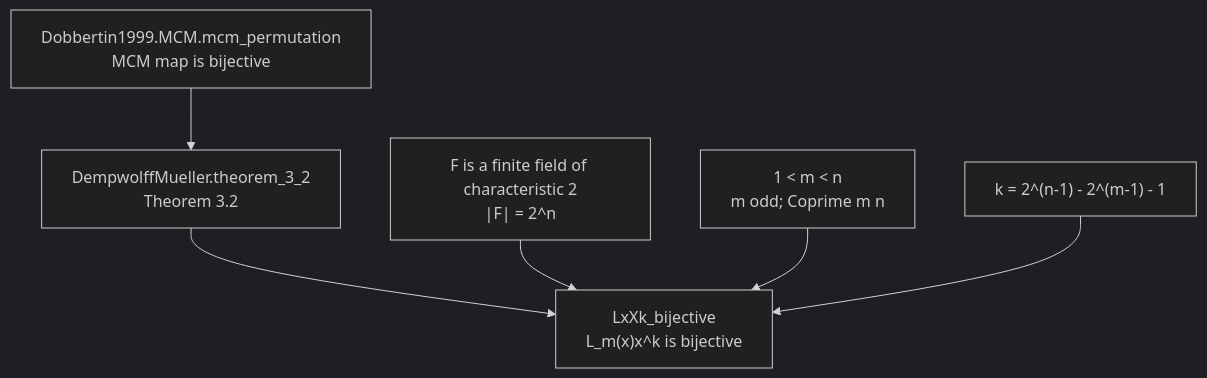
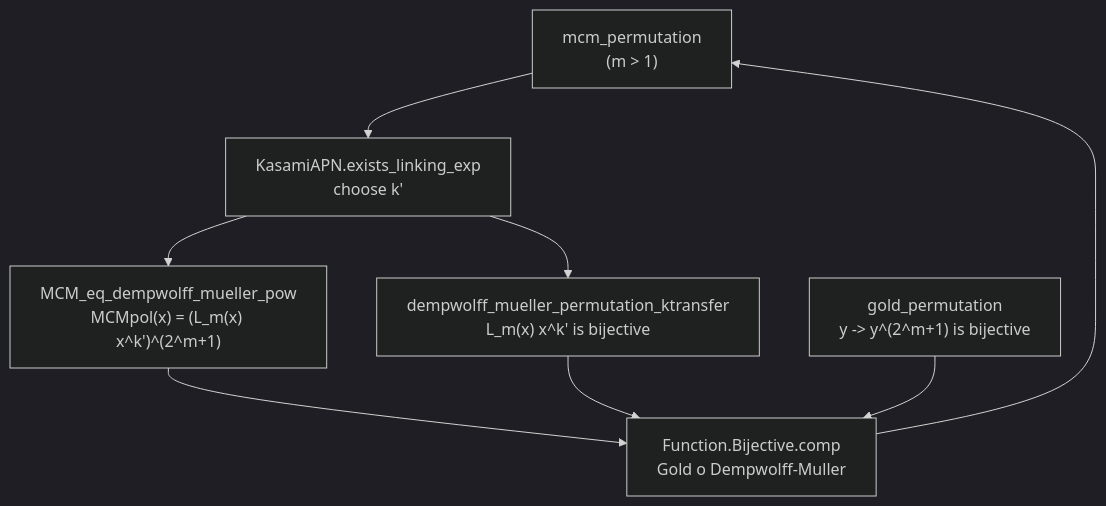
Before and after one commit to nagygp/kasami-apn-ab: the second of 6 diagrams in DobbertinDempwolffMuellerOddN/depgraph_MCM.md, drawn with Mermaid (dark theme). The commit also changed other lines of this file and 7 other files, not shown here.

Commit message:
Distingues between the Dempwolff-Muller and the MCM polynomials

````diff
--- a/DobbertinDempwolffMuellerOddN/depgraph_MCM.md
+++ b/DobbertinDempwolffMuellerOddN/depgraph_MCM.md
@@ -19,15 +41,17 @@
 ```mermaid
 flowchart TD
-  MCM["Dobbertin1999.MCM.mcm_permutation\nMCM map is bijective"]
-  T32["DempwolffMueller.theorem_3_2\nTheorem 3.2"]
-  Base["LxXk_bijective\nL_m(x)x^k is bijective"]
+  Main["mcm_permutation\n(m > 1)"]
+  Link["KasamiAPN.exists_linking_exp\nchoose k'"]
+  Factor["MCM_eq_dempwolff_mueller_pow\nMCMpol(x) = (L_m(x) x^k')^(2^m+1)"]
+  DM["dempwolff_mueller_permutation_ktransfer\nL_m(x) x^k' is bijective"]
+  Gold["gold_permutation\ny -> y^(2^m+1) is bijective"]
+  Compose["Function.Bijective.comp\nGold o Dempwolff-Muller"]
 
-  Field["F is a finite field of characteristic 2\n|F| = 2^n"]
-  Hyp["1 < m < n\nm odd; Coprime m n"]
-  Exponent["k = 2^(n-1) - 2^(m-1) - 1"]
-
-  MCM --> T32 --> Base
-  Field --> Base
-  Hyp --> Base
-  Exponent --> Base
+  Main --> Link
+  Link --> Factor
+  Link --> DM
+  Factor --> Compose
+  DM --> Compose
+  Gold --> Compose
+  Compose --> Main
 ```
````
